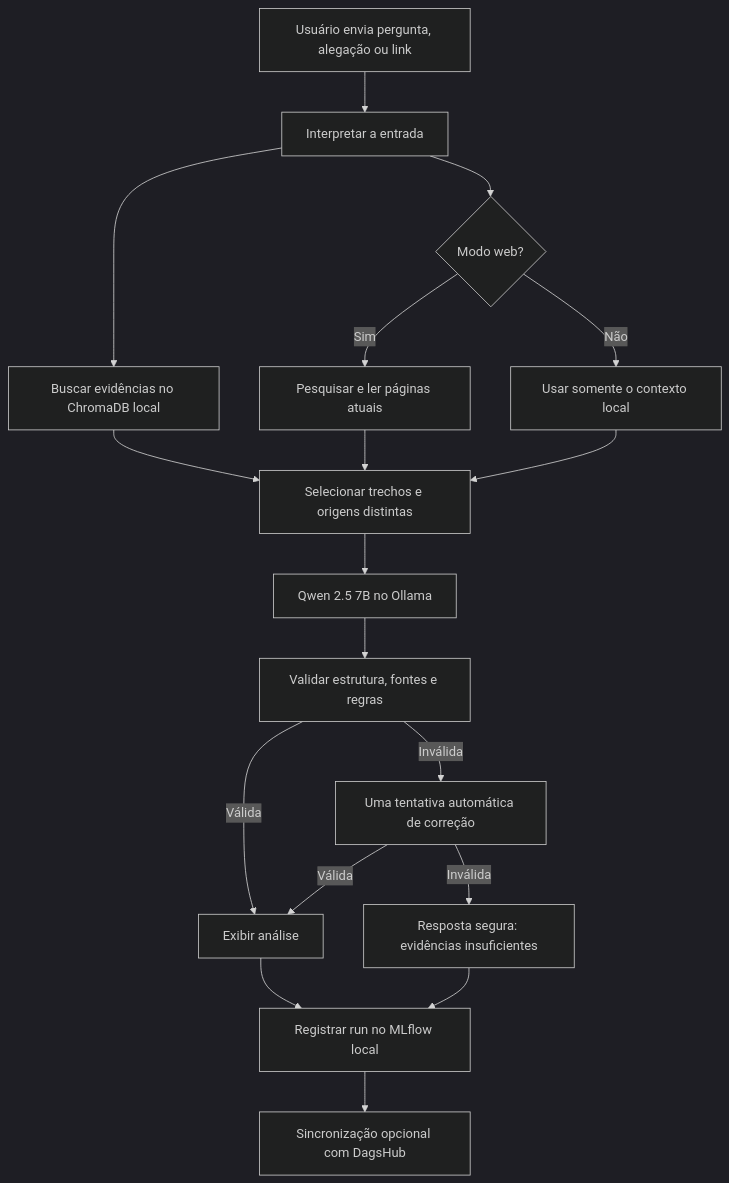
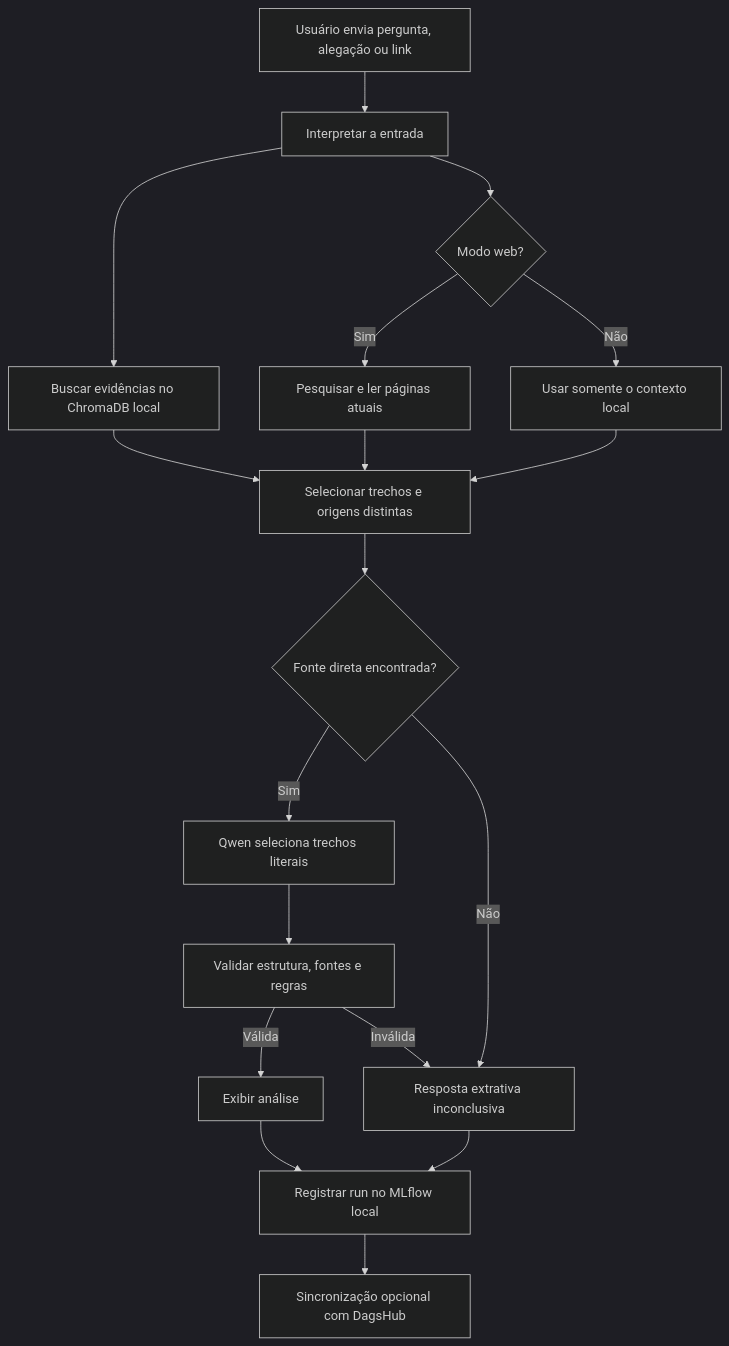
Before and after one commit to Challenge-1-Residencia-IA/experimentos: the diagram in README.md, drawn with Mermaid (dark theme). The commit also changed other lines of this file and 17 other files, not shown here.

````diff
--- a/README.md
+++ b/README.md
@@ -68,20 +69,20 @@
 ```mermaid
 flowchart TD
     U[Usuário envia pergunta, alegação ou link] --> I[Interpretar a entrada]
     I --> L[Buscar evidências no ChromaDB local]
     I --> W{Modo web?}
     W -- Sim --> S[Pesquisar e ler páginas atuais]
     W -- Não --> C[Usar somente o contexto local]
     S --> R[Selecionar trechos e origens distintas]
     L --> R
     C --> R
-    R --> Q[Qwen 2.5 7B no Ollama]
+    R --> P{Fonte direta encontrada?}
+    P -- Sim --> Q[Qwen seleciona trechos literais]
+    P -- Não --> F[Resposta extrativa inconclusiva]
     Q --> V[Validar estrutura, fontes e regras]
     V -- Válida --> A[Exibir análise]
-    V -- Inválida --> T[Uma tentativa automática de correção]
-    T -- Válida --> A
-    T -- Inválida --> F[Resposta segura: evidências insuficientes]
+    V -- Inválida --> F
     A --> M[Registrar run no MLflow local]
     F --> M
     M --> D[Sincronização opcional com DagsHub]
 ```
````
